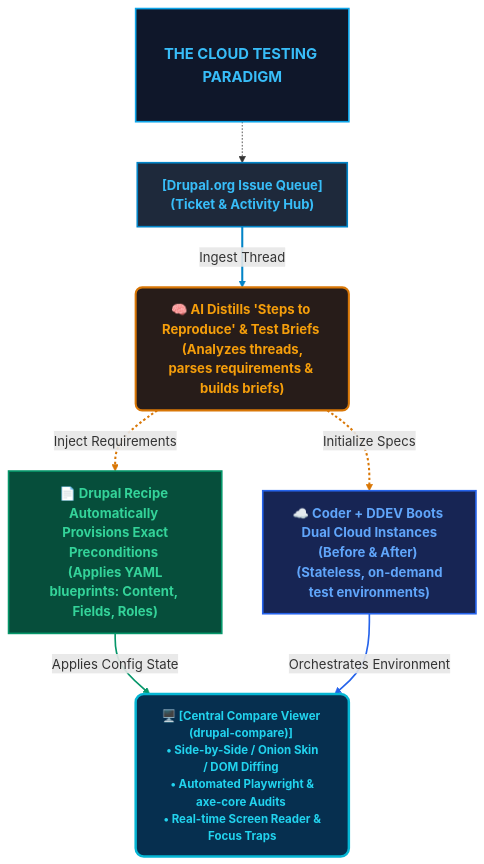
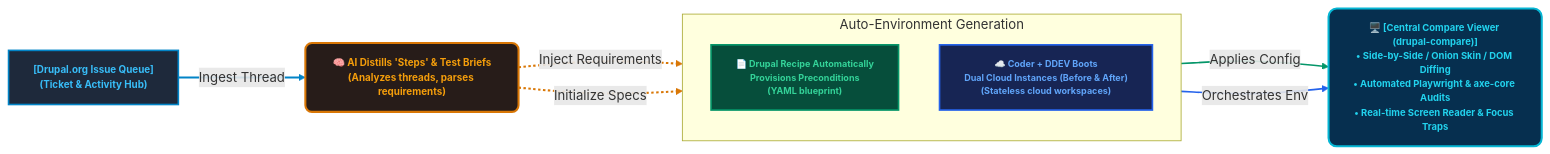
The second of 2 diagrams in Drupal-issue-queue.md (mgifford/mermaid-graphs), drawn with Mermaid before and after one commit. The commit also changed other lines of this file, not shown here.

````diff
--- a/Drupal-issue-queue.md
+++ b/Drupal-issue-queue.md
@@ -63,39 +62,40 @@
 ```mermaid
-flowchart TD
+flowchart LR
     %% Define Global Styles
-    classDef title fill:#0f172a,stroke:#0ea5e9,stroke-width:2px,color:#38bdf8,font-size:18px,font-weight:bold,padding:12px;
-    classDef originBox fill:#1e293b,stroke:#0284c7,stroke-width:2px,color:#38bdf8,font-weight:bold;
-    classDef aiBox fill:#271c19,stroke:#d97706,stroke-width:2.5px,color:#f59e0b,font-weight:bold,rx:8px,ry:8px;
-    classDef recipeBox fill:#064e3b,stroke:#059669,stroke-width:2px,color:#34d399,font-weight:bold;
-    classDef envBox fill:#172554,stroke:#2563eb,stroke-width:2px,color:#60a5fa,font-weight:bold;
-    classDef targetBox fill:#062f4f,stroke:#06b6d4,stroke-width:3px,color:#22d3ee,font-size:14px,font-weight:bold,rx:10px,ry:10px;
+    classDef originBox fill:#1e293b,stroke:#0284c7,stroke-width:2px,color:#38bdf8,font-size:12px,font-weight:bold;
+    classDef aiBox fill:#271c19,stroke:#d97706,stroke-width:2.5px,color:#f59e0b,font-size:12px,font-weight:bold,rx:8px,ry:8px;
+    classDef recipeBox fill:#064e3b,stroke:#059669,stroke-width:2px,color:#34d399,font-size:11px,font-weight:bold;
+    classDef envBox fill:#172554,stroke:#2563eb,stroke-width:2px,color:#60a5fa,font-size:11px,font-weight:bold;
+    classDef targetBox fill:#062f4f,stroke:#06b6d4,stroke-width:2.5px,color:#22d3ee,font-size:11.5px,font-weight:bold,rx:10px,ry:10px;
 
-    %% Headline Title
-    Title[THE CLOUD TESTING PARADIGM]:::title
+    %% Define Flow Elements
+    StartNode["[Drupal.org Issue Queue]<br/>(Ticket & Activity Hub)"]:::originBox
+    
+    AINode["🧠 AI Distills 'Steps' & Test Briefs<br/>(Analyzes threads, parses requirements)"]:::aiBox
+    
+    subgraph Provisioning [Auto-Environment Generation]
+        direction TB
+        RecipeNode["📄 Drupal Recipe Automatically<br/>Provisions Preconditions<br/>(YAML blueprint)"]:::recipeBox
+        ContainerNode["☁️ Coder + DDEV Boots<br/>Dual Cloud Instances (Before & After)<br/>(Stateless cloud workspaces)"]:::envBox
+    end
 
-    %% Node Structures
-    StartNode["[Drupal.org Issue Queue] <br/> (Ticket & Activity Hub)"]:::originBox
-    AINode["🧠 AI Distills 'Steps to Reproduce' & Test Briefs <br/> (Analyzes threads, parses requirements & builds briefs)"]:::aiBox
-    RecipeNode["📄 Drupal Recipe Automatically <br/> Provisions Exact Preconditions <br/> (Applies YAML blueprints: Content, Fields, Roles)"]:::recipeBox
-    ContainerNode["☁️ Coder + DDEV Boots <br/> Dual Cloud Instances (Before & After) <br/> (Stateless, on-demand test environments)"]:::envBox
-    ViewerNode["🖥️ [Central Compare Viewer (drupal-compare)] <br/> • Side-by-Side / Onion Skin / DOM Diffing <br/> • Automated Playwright & axe-core Audits <br/> • Real-time Screen Reader & Focus Traps"]:::targetBox
+    ViewerNode["🖥️ [Central Compare Viewer (drupal-compare)]<br/>• Side-by-Side / Onion Skin / DOM Diffing<br/>• Automated Playwright & axe-core Audits<br/>• Real-time Screen Reader & Focus Traps"]:::targetBox
 
-    %% Sequence flow and logic
-    Title -.-> StartNode
+    %% Left-to-Right Connections
     StartNode -->|Ingest Thread| AINode
     
-    %% AI driving the processes
+    %% AI leading to the auto-generated environments
     AINode -->|Inject Requirements| RecipeNode
     AINode -->|Initialize Specs| ContainerNode
     
-    %% Execution down to viewer
-    RecipeNode -->|Applies Config State| ViewerNode
-    ContainerNode -->|Orchestrates Environment| ViewerNode
+    %% Consolidating into the viewer interface on the right
+    RecipeNode -->|Applies Config| ViewerNode
+    ContainerNode -->|Orchestrates Env| ViewerNode
 
-    %% Styling lines with tech accents 
-    linkStyle 1 stroke:#0284c7,stroke-width:2.5px;
+    %% Connecting styling adjustments
+    linkStyle 0 stroke:#0284c7,stroke-width:2.5px;
+    linkStyle 1 stroke:#d97706,stroke-width:2.5px,stroke-dasharray:3 3;
     linkStyle 2 stroke:#d97706,stroke-width:2.5px,stroke-dasharray:3 3;
-    linkStyle 3 stroke:#d97706,stroke-width:2.5px,stroke-dasharray:3 3;
-    linkStyle 4 stroke:#059669,stroke-width:2px;
-    linkStyle 5 stroke:#2563eb,stroke-width:2px;
+    linkStyle 3 stroke:#059669,stroke-width:2px;
+    linkStyle 4 stroke:#2563eb,stroke-width:2px;
 ```
````
